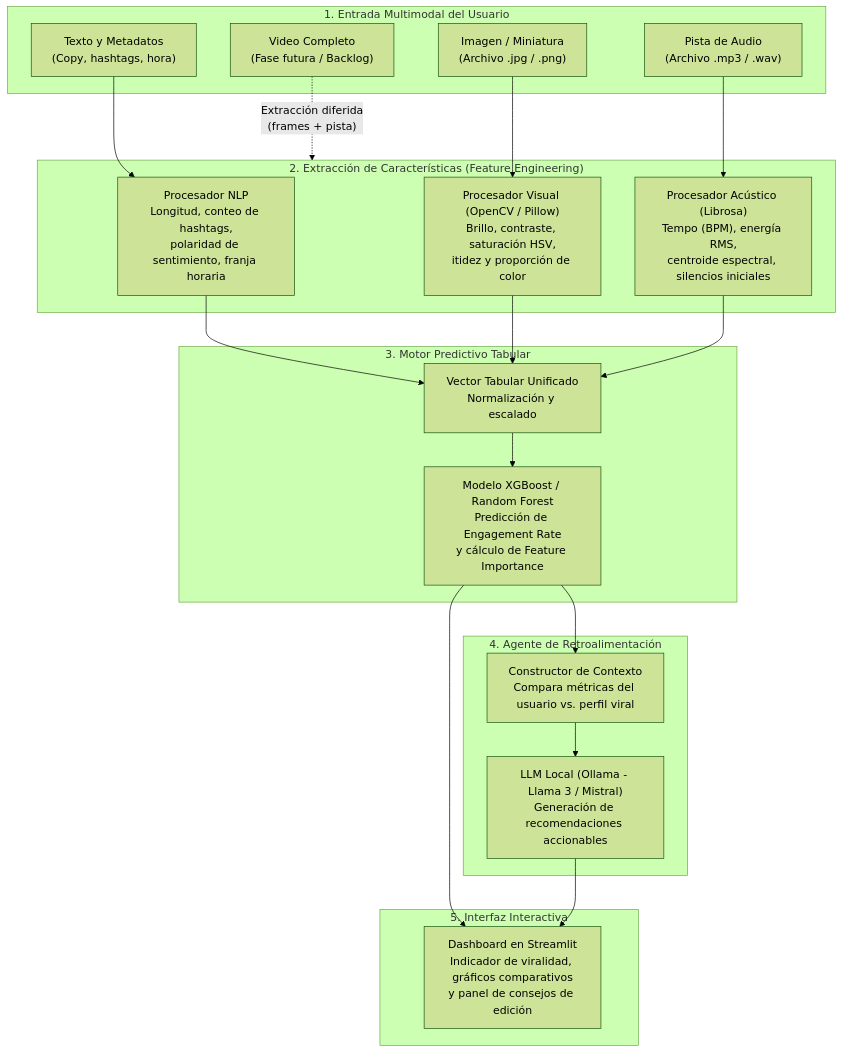
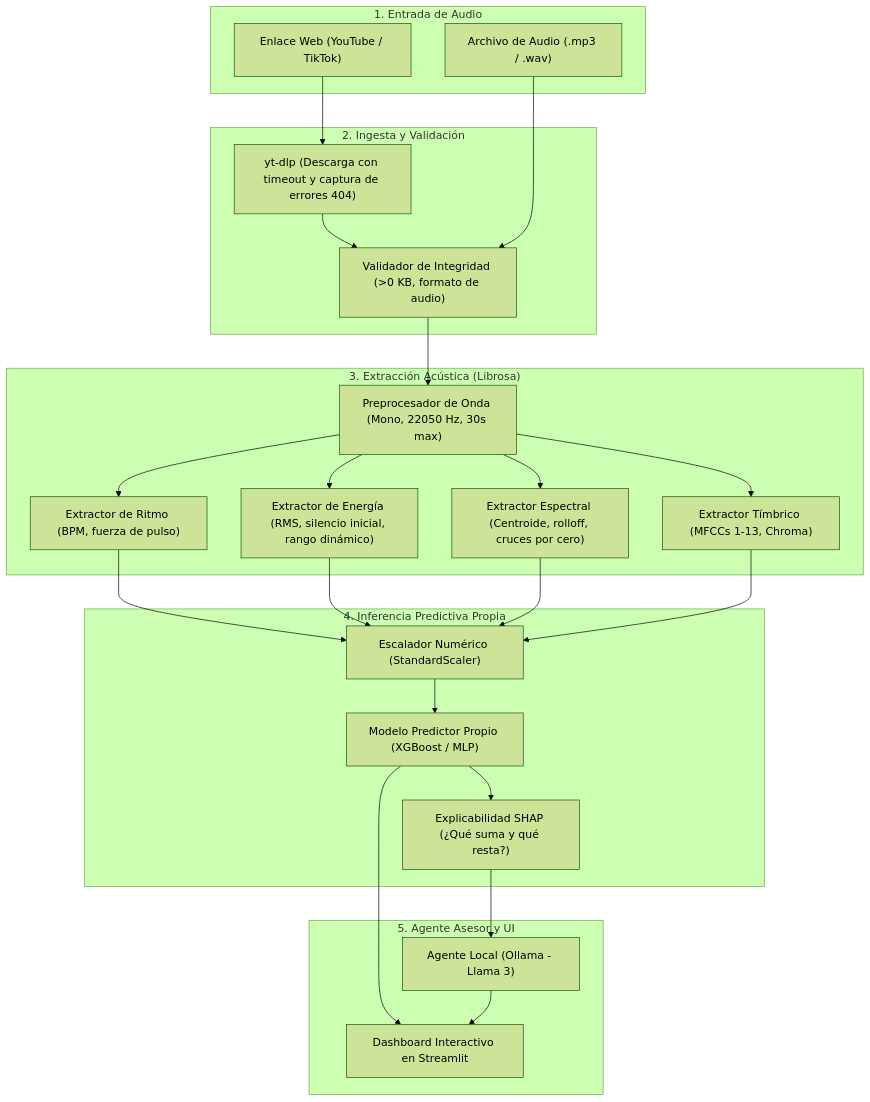
The diagram in README.md (FelipeM197/Proyecto-IA-Predictor-Viralidad), drawn with Mermaid (forest theme) before and after one commit. The commit also changed other lines of this file, not shown here.

Commit message:
Actualizar README con componentes, guia de instalacion y parametrizacion

````diff
--- a/README.md
+++ b/README.md
@@ -23,44 +21,40 @@
 ```mermaid
 flowchart TD
-    subgraph Entrada["1. Entrada Multimodal del Usuario"]
-        T["Texto y Metadatos\n(Copy, hashtags, hora)"]
-        I["Imagen / Miniatura\n(Archivo .jpg / .png)"]
-        A["Pista de Audio\n(Archivo .mp3 / .wav)"]
-        V["Video Completo\n(Fase futura / Backlog)"]
+    subgraph Entrada["1. Entrada de Audio"]
+        URL["Enlace Web (YouTube / TikTok)"]
+        FILE["Archivo de Audio (.mp3 / .wav)"]
     end
 
-    subgraph Extraccion["2. Extracción de Características (Feature Engineering)"]
-        FE_T["Procesador NLP\nLongitud, conteo de hashtags,\npolaridad de sentimiento, franja horaria"]
-        FE_I["Procesador Visual (OpenCV / Pillow)\nBrillo, contraste, saturación HSV,\nitidez y proporción de color"]
-        FE_A["Procesador Acústico (Librosa)\nTempo (BPM), energía RMS,\ncentroide espectral, silencios iniciales"]
+    subgraph Ingesta["2. Ingesta y Validación"]
+        YTDL["yt-dlp (Descarga con timeout y captura de errores 404)"]
+        VAL["Validador de Integridad (>0 KB, formato de audio)"]
     end
 
-    subgraph Modelo["3. Motor Predictivo Tabular"]
-        M_U["Vector Tabular Unificado\nNormalización y escalado"]
-        XGB["Modelo XGBoost / Random Forest\nPredicción de Engagement Rate\ny cálculo de Feature Importance"]
+    subgraph DSP["3. Extracción Acústica (Librosa)"]
+        PRE["Preprocesador de Onda (Mono, 22050 Hz, 30s max)"]
+        RIT["Extractor de Ritmo (BPM, fuerza de pulso)"]
+        ENE["Extractor de Energía (RMS, silencio inicial, rango dinámico)"]
+        ESP["Extractor Espectral (Centroide, rolloff, cruces por cero)"]
+        MFC["Extractor Tímbrico (MFCCs 1-13, Chroma)"]
     end
 
-    subgraph Agente["4. Agente de Retroalimentación"]
-        Prompt["Constructor de Contexto\nCompara métricas del usuario vs. perfil viral"]
-        LLM["LLM Local (Ollama - Llama 3 / Mistral)\nGeneración de recomendaciones accionables"]
+    subgraph Modelos["4. Inferencia Predictiva Propia"]
+        ESC["Escalador Numérico (StandardScaler)"]
+        XGB["Modelo Predictor Propio (XGBoost / MLP)"]
+        SHAP["Explicabilidad SHAP (¿Qué suma y qué resta?)"]
     end
 
-    subgraph UI["5. Interfaz Interactiva"]
-        ST["Dashboard en Streamlit\nIndicador de viralidad, gráficos comparativos\ny panel de consejos de edición"]
+    subgraph Agente["5. Agente Asesor y UI"]
+        LLM["Agente Local (Ollama - Llama 3)"]
+        UI["Dashboard Interactivo en Streamlit"]
     end
 
-    T --> FE_T
-    I --> FE_I
-    A --> FE_A
-    V -. "Extracción diferida\n(frames + pista)" .-> Extraccion
-
-    FE_T --> M_U
-    FE_I --> M_U
-    FE_A --> M_U
-
-    M_U --> XGB
-    XGB --> Prompt
-    Prompt --> LLM
-    XGB --> ST
-    LLM --> ST
+    URL --> YTDL --> VAL
+    FILE --> VAL
+    VAL --> PRE
+    PRE --> RIT & ENE & ESP & MFC
+    RIT & ENE & ESP & MFC --> ESC --> XGB
+    XGB --> SHAP --> LLM
+    XGB --> UI
+    LLM --> UI
 ```
````
